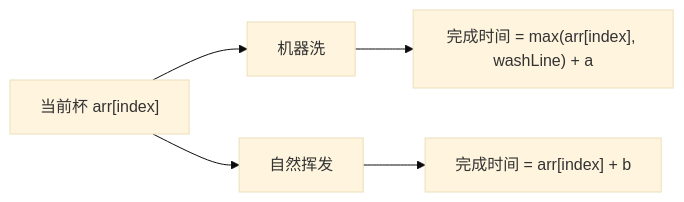
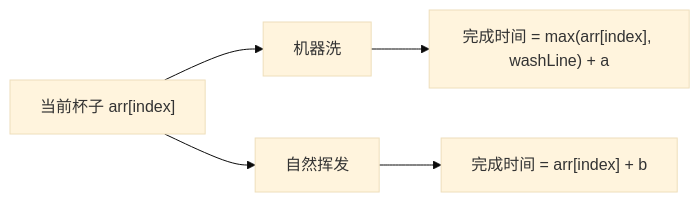
One commit to freeedoooooo/algs changed the second of 3 diagrams in my-notes/01-基础巩固/13-暴力递归到动态规划2-尝试模型/15-尝试模型4-寻找业务限制-咖啡杯清洗问题.md. Above: the diagram before and after it, drawn with Mermaid (base theme). The commit also changed other lines of this file and 1 other file, not shown here.

````diff
--- a/my-notes/01-基础巩固/13-暴力递归到动态规划2-尝试模型/15-尝试模型4-寻找业务限制-咖啡杯清洗问题.md
+++ b/my-notes/01-基础巩固/13-暴力递归到动态规划2-尝试模型/15-尝试模型4-寻找业务限制-咖啡杯清洗问题.md
@@ -102,7 +88,7 @@
 ```mermaid
 graph LR
-    A["当前杯 arr[index]"] --> B["机器洗"]
+    A["当前杯子 arr[index]"] --> B["机器洗"]
     A --> C["自然挥发"]
     B --> D["完成时间 = max(arr[index], washLine) + a"]
     C --> E["完成时间 = arr[index] + b"]
 ```
````
